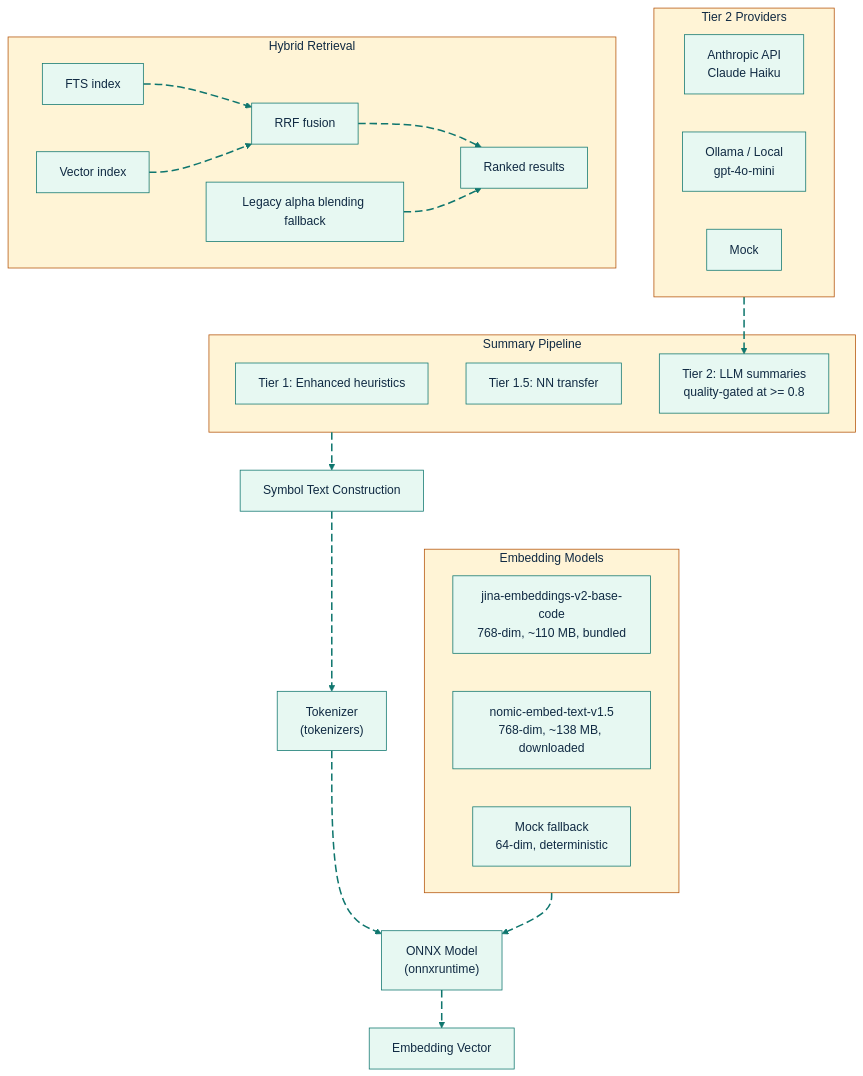
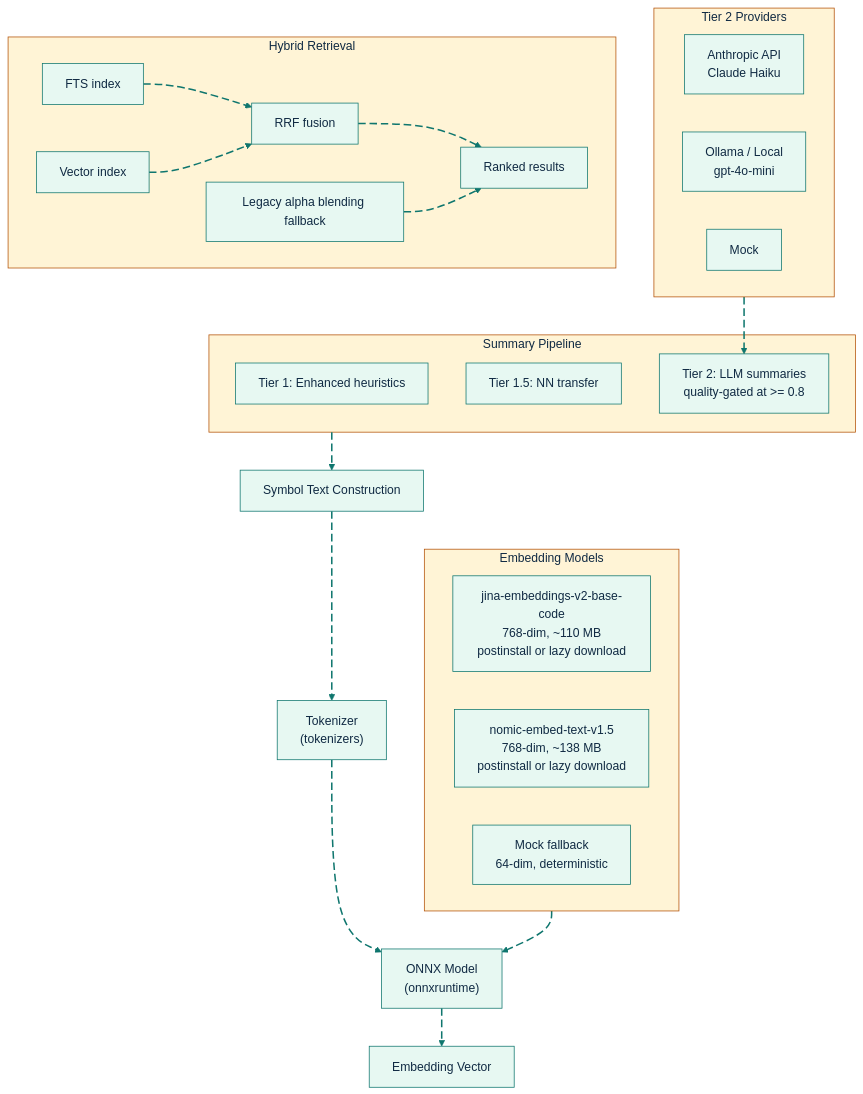
The first of 3 diagrams in docs/feature-deep-dives/semantic-embeddings-setup.md (GlitterKill/sdl-mcp), drawn with Mermaid before and after one commit. The commit also changed other lines of this file and 14 other files, not shown here.

````diff
--- a/docs/feature-deep-dives/semantic-embeddings-setup.md
+++ b/docs/feature-deep-dives/semantic-embeddings-setup.md
@@ -13,45 +13,45 @@
 ```mermaid
 %%{init: {"theme":"base","themeVariables":{"background":"#ffffff","primaryColor":"#E7F8F2","primaryBorderColor":"#0F766E","primaryTextColor":"#102A43","secondaryColor":"#E8F1FF","secondaryBorderColor":"#2563EB","secondaryTextColor":"#102A43","tertiaryColor":"#FFF4D6","tertiaryBorderColor":"#B45309","tertiaryTextColor":"#102A43","lineColor":"#0F766E","textColor":"#102A43","fontFamily":"Inter, ui-sans-serif, system-ui, -apple-system, BlinkMacSystemFont, Segoe UI, sans-serif"},"flowchart":{"curve":"basis","htmlLabels":true}}}%%
 flowchart TD
     Text["Symbol Text Construction"] e1@--> Tokenizer["Tokenizer<br/>(tokenizers)"]
     Tokenizer e2@--> Onnx["ONNX Model<br/>(onnxruntime)"]
     Onnx e3@--> Vector["Embedding Vector"]
 
     subgraph Models["Embedding Models"]
-        Jina["jina-embeddings-v2-base-code<br/>768-dim, ~110 MB, bundled"]
-        Nomic["nomic-embed-text-v1.5<br/>768-dim, ~138 MB, downloaded"]
+        Jina["jina-embeddings-v2-base-code<br/>768-dim, ~110 MB<br/>postinstall or lazy download"]
+        Nomic["nomic-embed-text-v1.5<br/>768-dim, ~138 MB<br/>postinstall or lazy download"]
         Mock["Mock fallback<br/>64-dim, deterministic"]
     end
 
     subgraph Summary["Summary Pipeline"]
         Tier1["Tier 1: Enhanced heuristics"]
         Tier15["Tier 1.5: NN transfer"]
         Tier2["Tier 2: LLM summaries<br/>quality-gated at >= 0.8"]
     end
 
     subgraph Providers["Tier 2 Providers"]
         Anthropic["Anthropic API<br/>Claude Haiku"]
         Ollama["Ollama / Local<br/>gpt-4o-mini"]
         MockProvider["Mock"]
     end
 
     subgraph Retrieval["Hybrid Retrieval"]
         FTS["FTS index"] e4@--> RRF["RRF fusion"]
         VecIndex["Vector index"] e5@--> RRF
         RRF e6@--> Results["Ranked results"]
         Fallback["Legacy alpha blending fallback"] e7@--> Results
     end
 
     Models e8@--> Onnx
     Summary e9@--> Text
     Providers e10@--> Tier2
 
     classDef source fill:#E7F8F2,stroke:#0F766E,stroke-width:2px,color:#102A43;
     classDef process fill:#E8F1FF,stroke:#2563EB,stroke-width:2px,color:#102A43;
     classDef decision fill:#FFF4D6,stroke:#B45309,stroke-width:2px,color:#102A43;
     classDef storage fill:#F2E8FF,stroke:#7C3AED,stroke-width:2px,color:#102A43;
     classDef output fill:#FFE8EF,stroke:#BE123C,stroke-width:2px,color:#102A43;
     classDef muted fill:#F8FAFC,stroke:#64748B,stroke-width:1px,color:#102A43;
     classDef animate stroke:#0F766E,stroke-width:2px,stroke-dasharray:10\,5,stroke-dashoffset:900,animation:dash 22s linear infinite;
     class e1,e2,e3,e4,e5,e6,e7,e8,e9,e10 animate;
 ```
````
